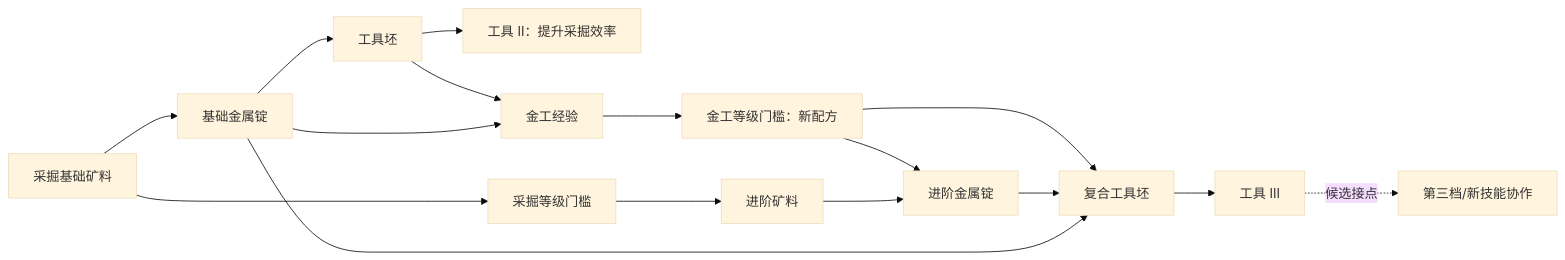
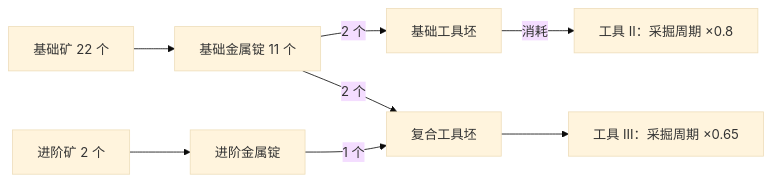
The first of 2 diagrams in docs/内容资料库/成长与科技.md (xuxiaoyu233/game), drawn with Mermaid (base theme) before and after one commit. The commit also changed other lines of this file and 12 other files, not shown here.

````diff
--- a/docs/内容资料库/成长与科技.md
+++ b/docs/内容资料库/成长与科技.md
@@ -23,18 +23,10 @@
 ```mermaid
 flowchart LR
-  A[采掘基础矿料] --> B[基础金属锭]
-  B --> C[工具坯]
-  C --> D[工具 II：提升采掘效率]
-  A --> E[采掘等级门槛]
-  E --> F[进阶矿料]
-  F --> G[进阶金属锭]
-  B --> H[复合工具坯]
-  G --> H
-  H --> I[工具 III]
-  B --> J[金工经验]
-  C --> J
-  J --> K[金工等级门槛：新配方]
-  K --> G
-  K --> H
-  I -.候选接点.-> L[第三档/新技能协作]
+  A[基础矿 22 个] --> B[基础金属锭 11 个]
+  B -->|2 个| C[基础工具坯]
+  C -->|消耗| D[工具 II：采掘周期 ×0.8]
+  F[进阶矿 2 个] --> G[进阶金属锭]
+  B -->|2 个| H[复合工具坯]
+  G -->|1 个| H
+  H --> I[工具 III：采掘周期 ×0.65]
 ```
````
